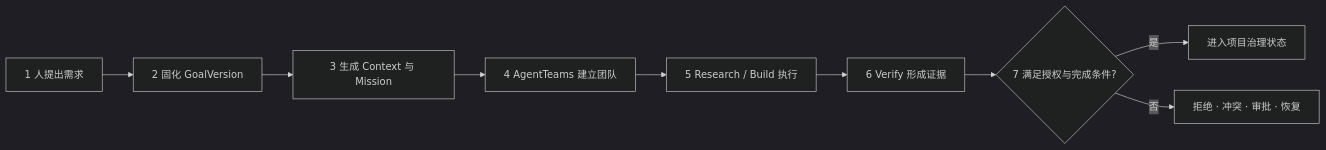
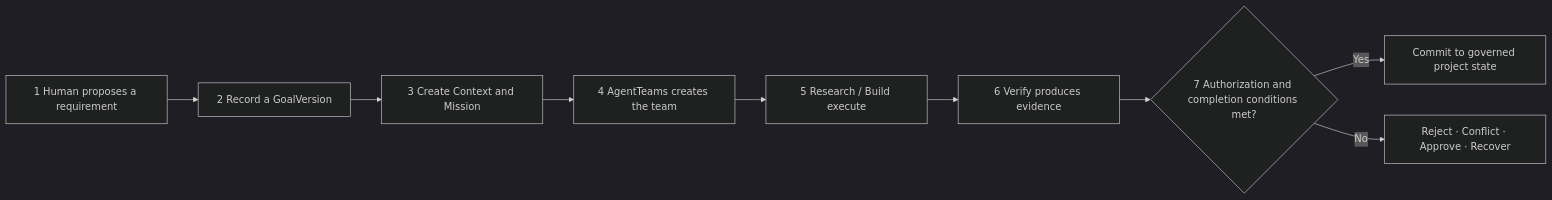
Before and after one commit to haochase/haowork: the second of 2 diagrams in README.md, drawn with Mermaid (dark theme). The commit also changed other lines of this file and 1 other file, not shown here.

````diff
--- a/README.md
+++ b/README.md
@@ -169,11 +184,11 @@
 ```mermaid
 flowchart LR
-    A["1 人提出需求"] --> B["2 固化 GoalVersion"]
-    B --> C["3 生成 Context 与 Mission"]
-    C --> D["4 AgentTeams 建立团队"]
-    D --> E["5 Research / Build 执行"]
-    E --> F["6 Verify 形成证据"]
-    F --> G{"7 满足授权与完成条件?"}
-    G -- 是 --> H["进入项目治理状态"]
-    G -- 否 --> I["拒绝 · 冲突 · 审批 · 恢复"]
+    A["1 Human proposes a requirement"] --> B["2 Record a GoalVersion"]
+    B --> C["3 Create Context and Mission"]
+    C --> D["4 AgentTeams creates the team"]
+    D --> E["5 Research / Build execute"]
+    E --> F["6 Verify produces evidence"]
+    F --> G{"7 Authorization and completion conditions met?"}
+    G -- Yes --> H["Commit to governed project state"]
+    G -- No --> I["Reject · Conflict · Approve · Recover"]
 ```
````
